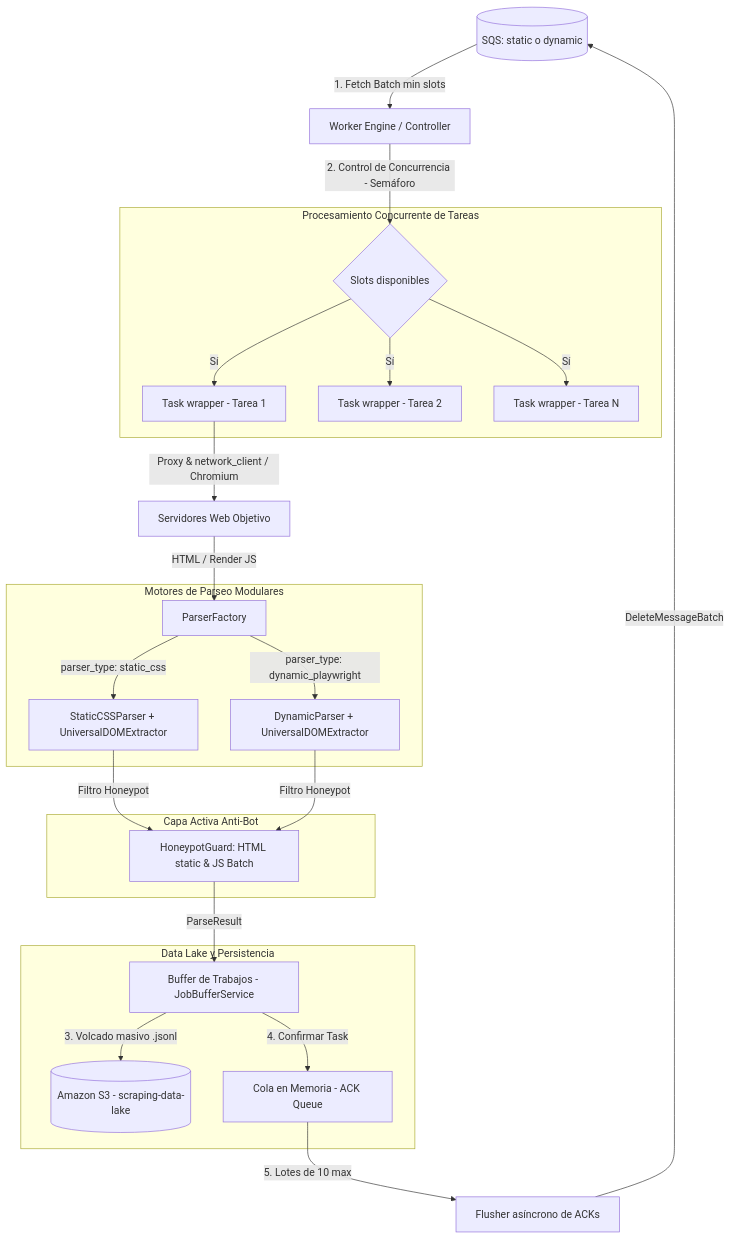
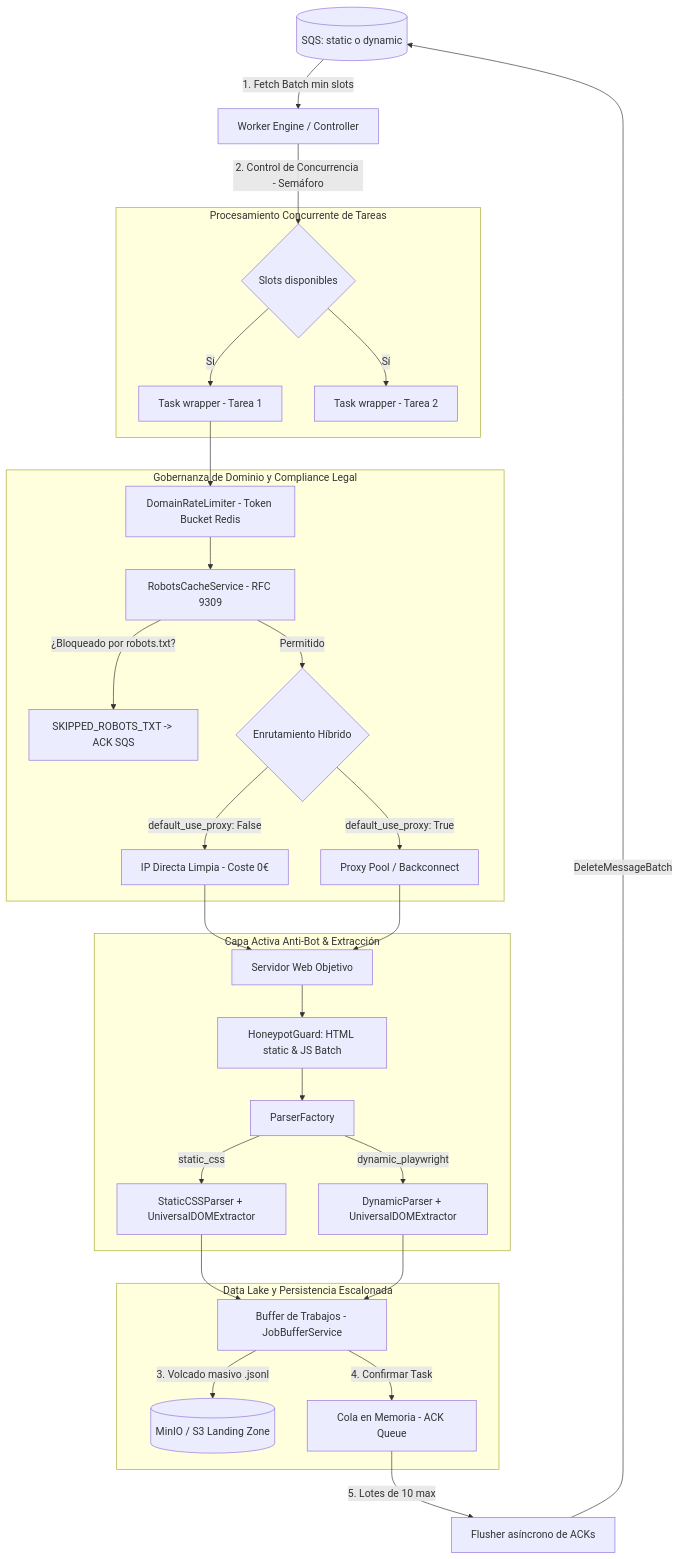
Before and after one commit to ArturoCarrilloJimenez/WebScrapingDistributed: the first of 2 diagrams in worker/README.md, drawn with Mermaid. The commit also changed other lines of this file and 4 other files, not shown here.

````diff
--- a/worker/README.md
+++ b/worker/README.md
@@ -11,36 +11,40 @@
 ```mermaid
 graph TD
     SQS[(SQS: static o dynamic)] -->|1. Fetch Batch min slots| Engine[Worker Engine / Controller]
     Engine -->|2. Control de Concurrencia - Semáforo| Semaphore{Slots disponibles}
     
     subgraph Procesamiento Concurrente de Tareas
         Semaphore -->|Sí| Task1[Task wrapper - Tarea 1]
         Semaphore -->|Sí| Task2[Task wrapper - Tarea 2]
-        Semaphore -->|Sí| TaskN[Task wrapper - Tarea N]
     end
 
-    Task1 -->|Proxy & network_client / Chromium| Web[Servidores Web Objetivo]
-    Web -->|HTML / Render JS| ParserFactory[ParserFactory]
-    
-    subgraph Capa Activa Anti-Bot
-        Honeypot[HoneypotGuard: HTML static & JS Batch]
+    subgraph Gobernanza de Dominio y Compliance Legal
+        Task1 --> RateLimiter[DomainRateLimiter - Token Bucket Redis]
+        RateLimiter --> Robots[RobotsCacheService - RFC 9309]
+        Robots -->|¿Bloqueado por robots.txt?| Skip[SKIPPED_ROBOTS_TXT -> ACK SQS]
+        Robots -->|Permitido| Routing{Enrutamiento Híbrido}
+        Routing -->|default_use_proxy: False| Direct[IP Directa Limpia - Coste 0€]
+        Routing -->|default_use_proxy: True| Proxy[Proxy Pool / Backconnect]
     end
 
-    subgraph Motores de Parseo Modulares
-        ParserFactory -->|parser_type: static_css| StaticCSS[StaticCSSParser + UniversalDOMExtractor]
-        ParserFactory -->|parser_type: dynamic_playwright| Playwright[DynamicParser + UniversalDOMExtractor]
+    Direct --> Web[Servidor Web Objetivo]
+    Proxy --> Web
+
+    subgraph Capa Activa Anti-Bot & Extracción
+        Web --> Honeypot[HoneypotGuard: HTML static & JS Batch]
+        Honeypot --> ParserFactory[ParserFactory]
+        ParserFactory -->|static_css| StaticCSS[StaticCSSParser + UniversalDOMExtractor]
+        ParserFactory -->|dynamic_playwright| Playwright[DynamicParser + UniversalDOMExtractor]
     end
 
-    StaticCSS -->|Filtro Honeypot| Honeypot
-    Playwright -->|Filtro Honeypot| Honeypot
-
-    Honeypot -->|ParseResult| BufferService[Buffer de Trabajos - JobBufferService]
+    StaticCSS --> BufferService[Buffer de Trabajos - JobBufferService]
+    Playwright --> BufferService
     
-    subgraph Data Lake y Persistencia
-        BufferService -->|3. Volcado masivo .jsonl| S3[(Amazon S3 - scraping-data-lake)]
+    subgraph Data Lake y Persistencia Escalonada
+        BufferService -->|3. Volcado masivo .jsonl| LandingZone[(MinIO / S3 Landing Zone)]
         BufferService -->|4. Confirmar Task| MemoryQueue[Cola en Memoria - ACK Queue]
     end
 
     MemoryQueue -->|5. Lotes de 10 max| Flusher[Flusher asíncrono de ACKs]
     Flusher -->|DeleteMessageBatch| SQS
 ```
````
